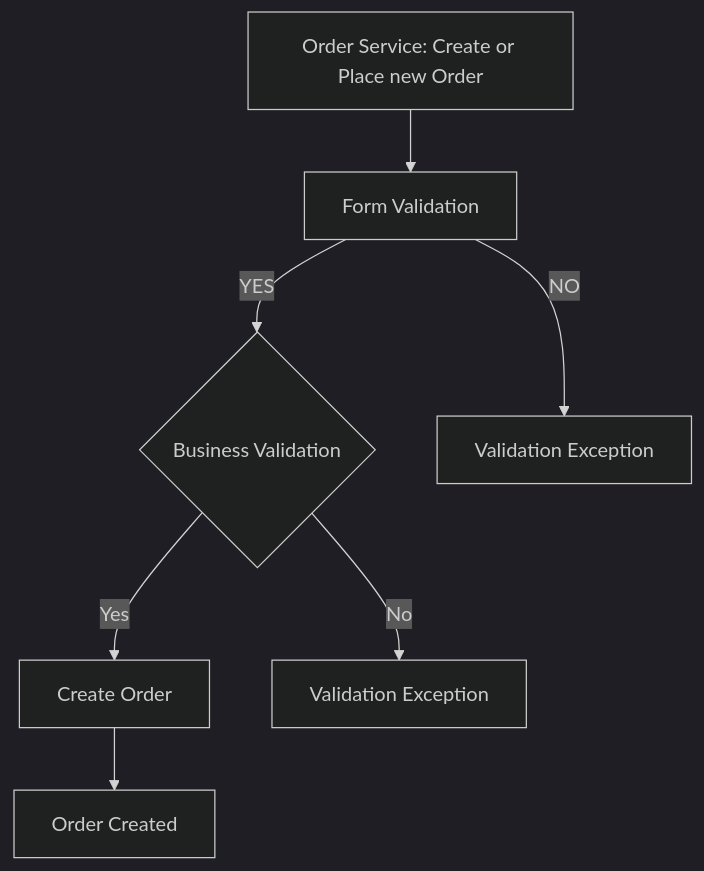
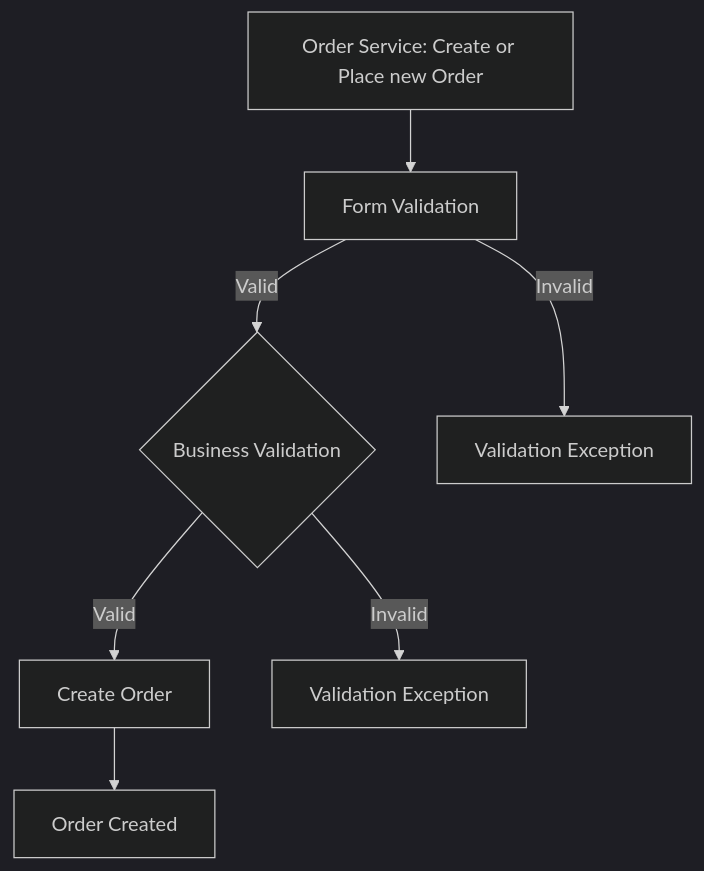
Before and after one commit to fssa-batch3/sec_b_inbalokesh.esakkipandi__corejava_project_2: the eighth of 9 diagrams in README.md, drawn with Mermaid (dark theme). The commit also changed other lines of this file, not shown here.

````diff
--- a/README.md
+++ b/README.md
@@ -289,8 +341,8 @@
 ```mermaid
 graph TD;
-  A["Order Service: Create or Place new Order"] --> B["Form Validation"] -- YES --> C{Business Validation}
-  B -- NO --> G[Validation Exception]
-  C -- Yes --> D[Create Order]
+  A["Order Service: Create or Place new Order"] --> B["Form Validation"] -- Valid --> C{Business Validation}
+  B -- Invalid --> G[Validation Exception]
+  C -- Valid --> D[Create Order]
   D --> E[Order Created]
-  C -- No --> F[Validation Exception]
+  C -- Invalid --> F[Validation Exception]
 ```
````
